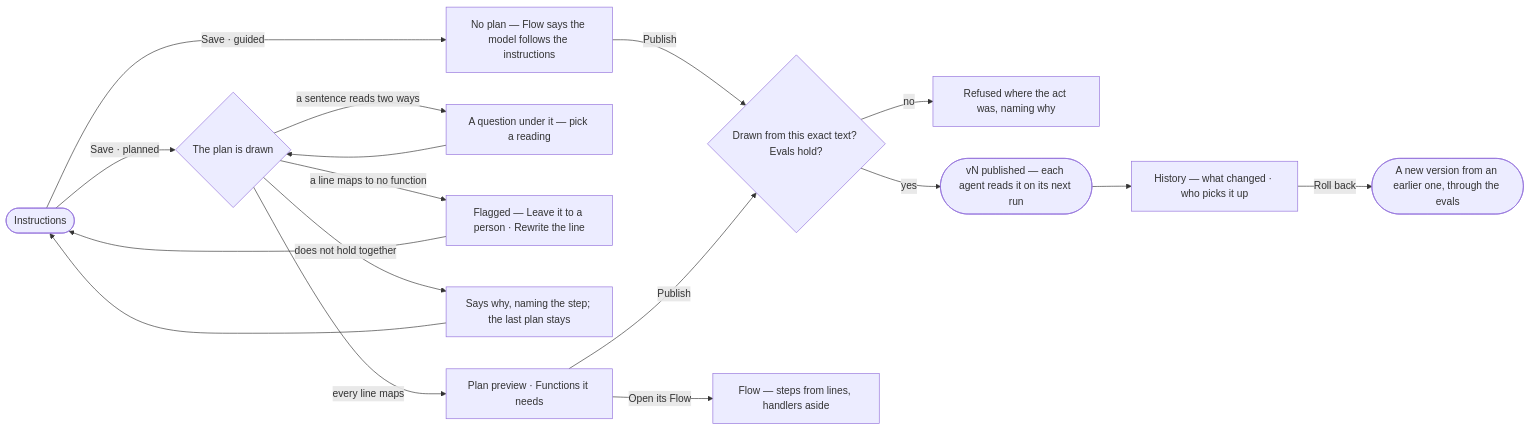
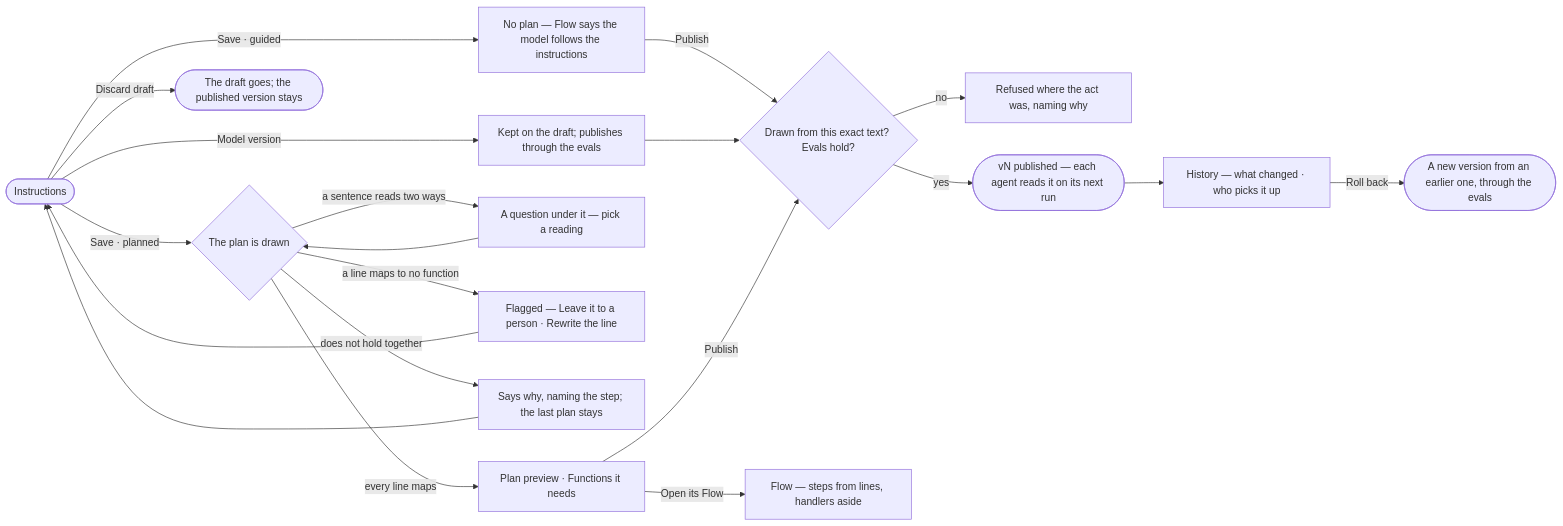
One commit to invana/invana changed the diagram in specs/capabilities/agents/features/AG-F04-skills/stories/AG-19-write-a-skill-as-a-document-and-see-the-plan-it-becomes/story.md. Above: the diagram before and after it, drawn with Mermaid. The commit also changed other lines of this file and 637 other files, not shown here.

````diff
--- a/specs/capabilities/agents/features/AG-F04-skills/stories/AG-19-write-a-skill-as-a-document-and-see-the-plan-it-becomes/story.md
+++ b/specs/capabilities/agents/features/AG-F04-skills/stories/AG-19-write-a-skill-as-a-document-and-see-the-plan-it-becomes/story.md
@@ -27,19 +27,22 @@
 ```mermaid
 flowchart LR
   e([Instructions]) -->|Save · guided| gd["No plan — Flow says the model follows the instructions"]
   gd -->|Publish| g
   e -->|Save · planned| d{"The plan is drawn"}
+  e -->|Discard draft| dd(["The draft goes; the published version stays"])
+  e -->|Model version| mv["Kept on the draft; publishes through the evals"]
+  mv --> g
   d -->|a sentence reads two ways| q["A question under it — pick a reading"]
   q --> d
   d -->|a line maps to no function| u["Flagged — Leave it to a person · Rewrite the line"]
   u --> e
   d -->|does not hold together| h["Says why, naming the step; the last plan stays"]
   h --> e
   d -->|every line maps| p["Plan preview · Functions it needs"]
   p -->|Open its Flow| f["Flow — steps from lines, handlers aside"]
   p -->|Publish| g{"Drawn from this exact text? Evals hold?"}
   g -->|no| gx["Refused where the act was, naming why"]
   g -->|yes| v(["vN published — each agent reads it on its next run"])
   v --> hi["History — what changed · who picks it up"]
   hi -->|Roll back| rb(["A new version from an earlier one, through the evals"])
 ```
````
